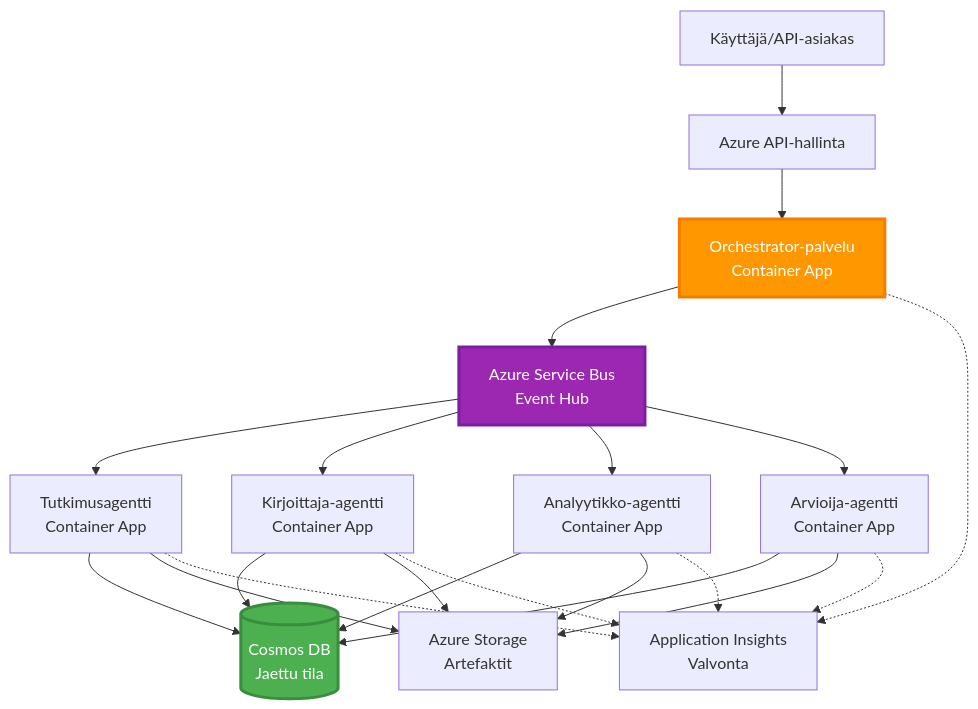
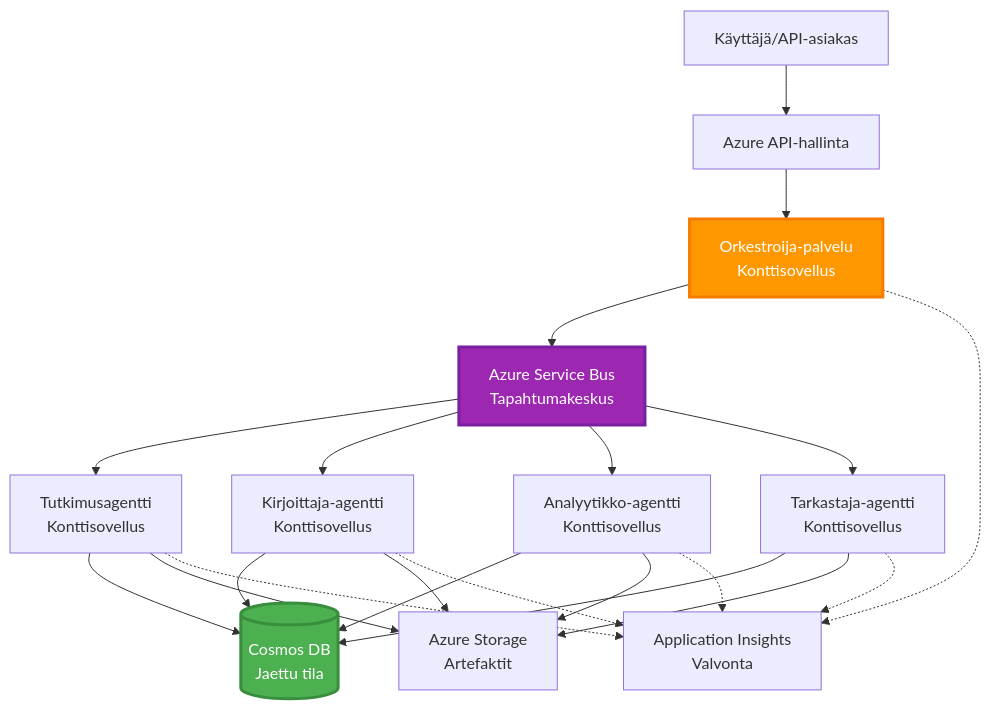
Before and after one commit to microsoft/AZD-for-beginners: the sixth of 6 diagrams in translations/fi/docs/chapter-06-pre-deployment/coordination-patterns.md, drawn with Mermaid. The commit also changed other lines of this file and 101 other files, not shown here.

````diff
--- a/translations/fi/docs/chapter-06-pre-deployment/coordination-patterns.md
+++ b/translations/fi/docs/chapter-06-pre-deployment/coordination-patterns.md
@@ -271,45 +265,45 @@
 ```mermaid
 graph TB
     User[Käyttäjä/API-asiakas]
     APIM[Azure API-hallinta]
-    Orchestrator[Orchestrator-palvelu<br/>Container App]
-    ServiceBus[Azure Service Bus<br/>Event Hub]
+    Orchestrator[Orkestroija-palvelu<br/>Konttisovellus]
+    ServiceBus[Azure Service Bus<br/>Tapahtumakeskus]
     
-    Agent1[Tutkimusagentti<br/>Container App]
-    Agent2[Kirjoittaja-agentti<br/>Container App]
-    Agent3[Analyytikko-agentti<br/>Container App]
-    Agent4[Arvioija-agentti<br/>Container App]
+    Agent1[Tutkimusagentti<br/>Konttisovellus]
+    Agent2[Kirjoittaja-agentti<br/>Konttisovellus]
+    Agent3[Analyytikko-agentti<br/>Konttisovellus]
+    Agent4[Tarkastaja-agentti<br/>Konttisovellus]
     
     CosmosDB[(Cosmos DB<br/>Jaettu tila)]
     Storage[Azure Storage<br/>Artefaktit]
     AppInsights[Application Insights<br/>Valvonta]
     
     User --> APIM
     APIM --> Orchestrator
     
     Orchestrator --> ServiceBus
     ServiceBus --> Agent1
     ServiceBus --> Agent2
     ServiceBus --> Agent3
     ServiceBus --> Agent4
     
     Agent1 --> CosmosDB
     Agent2 --> CosmosDB
     Agent3 --> CosmosDB
     Agent4 --> CosmosDB
     
     Agent1 --> Storage
     Agent2 --> Storage
     Agent3 --> Storage
     Agent4 --> Storage
     
     Orchestrator -.-> AppInsights
     Agent1 -.-> AppInsights
     Agent2 -.-> AppInsights
     Agent3 -.-> AppInsights
     Agent4 -.-> AppInsights
     
     style Orchestrator fill:#FF9800,stroke:#F57C00,stroke-width:3px,color:#fff
     style ServiceBus fill:#9C27B0,stroke:#7B1FA2,stroke-width:3px,color:#fff
     style CosmosDB fill:#4CAF50,stroke:#388E3C,stroke-width:3px,color:#fff
 ```
````
